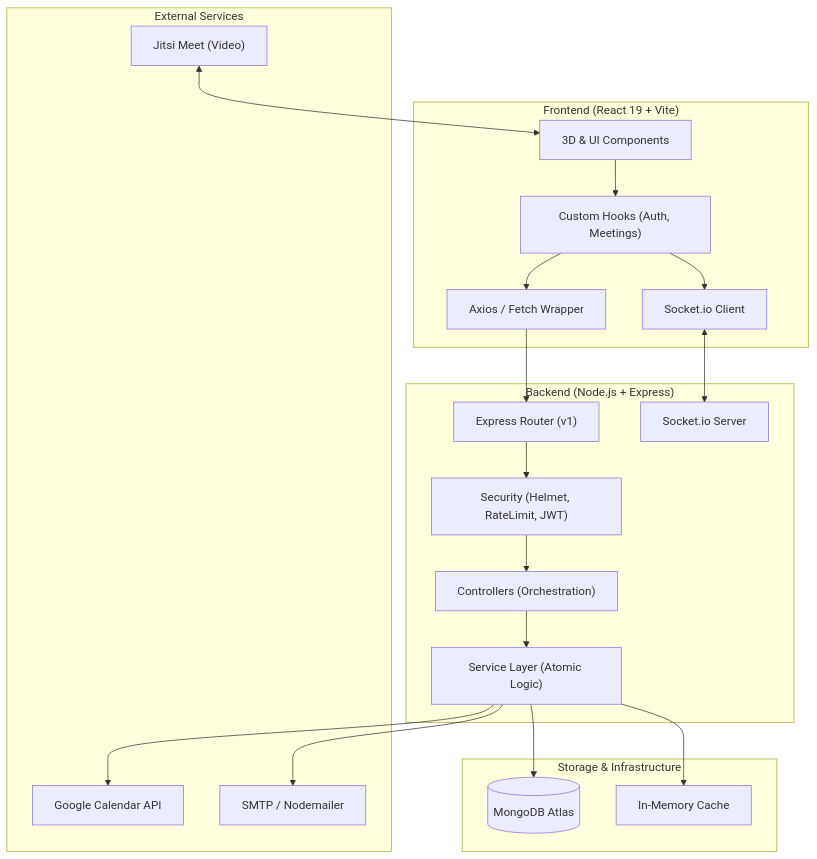
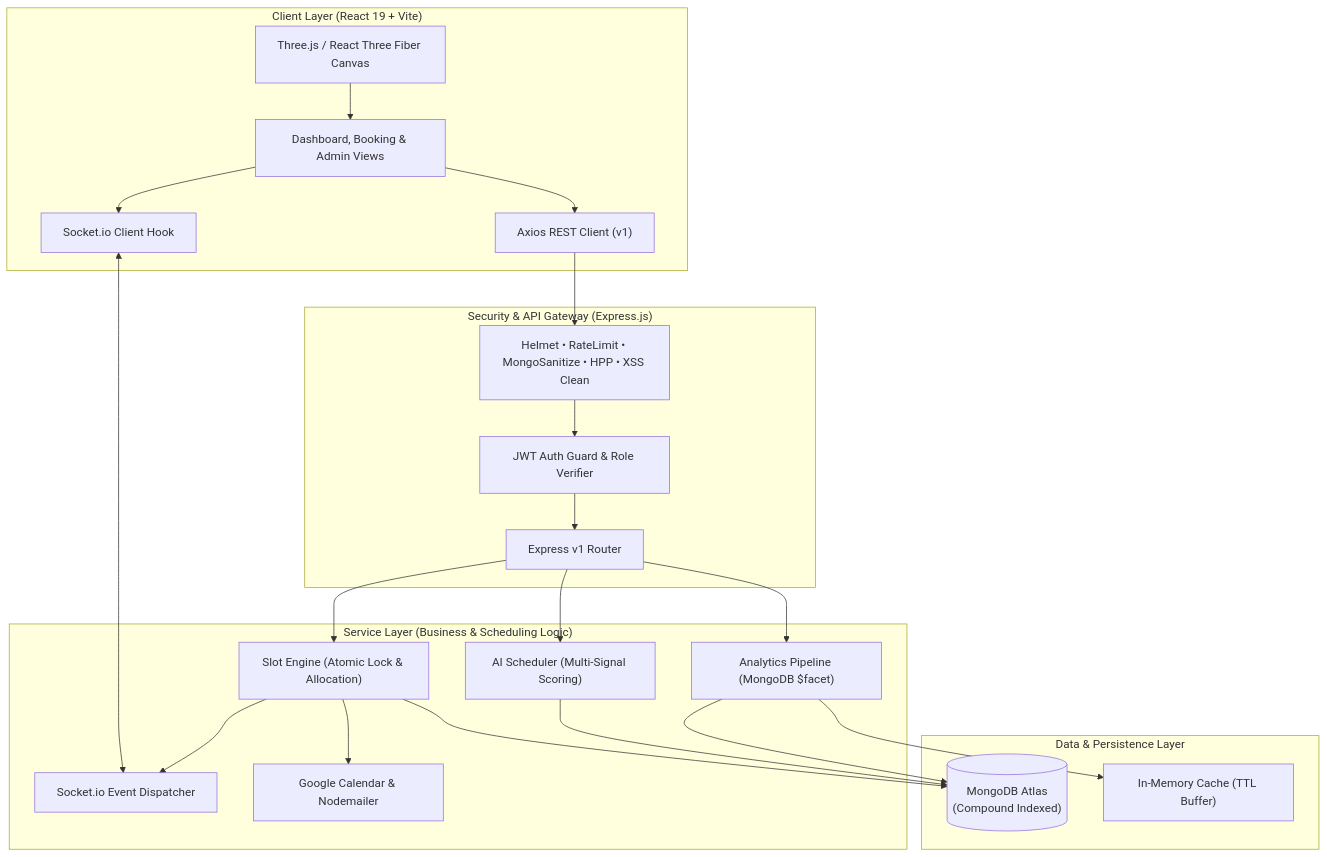
The second of 3 diagrams in README.md (Vedant-S-Tattimani/meeting-scheduler-), drawn with Mermaid before and after one commit. The commit also changed other lines of this file and 1 other file, not shown here.

````diff
--- a/README.md
+++ b/README.md
@@ -27,42 +103,45 @@
 ```mermaid
 graph TD
-    subgraph "Frontend (React 19 + Vite)"
-        UI["3D & UI Components"]
-        Hooks["Custom Hooks (Auth, Meetings)"]
-        SocketClient["Socket.io Client"]
-        APIClient["Axios / Fetch Wrapper"]
+    subgraph "Client Layer (React 19 + Vite)"
+        Canvas["Three.js / React Three Fiber Canvas"]
+        Views["Dashboard, Booking & Admin Views"]
+        SocketHook["Socket.io Client Hook"]
+        AxiosClient["Axios REST Client (v1)"]
     end
 
-    subgraph "Backend (Node.js + Express)"
-        Router["Express Router (v1)"]
-        Controllers["Controllers (Orchestration)"]
-        Services["Service Layer (Atomic Logic)"]
-        Middleware["Security (Helmet, RateLimit, JWT)"]
-        SocketServer["Socket.io Server"]
+    subgraph "Security & API Gateway (Express.js)"
+        SecLayer["Helmet • RateLimit • MongoSanitize • HPP • XSS Clean"]
+        AuthMiddleware["JWT Auth Guard & Role Verifier"]
+        Router["Express v1 Router"]
     end
 
-    subgraph "Storage & Infrastructure"
-        DB[(MongoDB Atlas)]
-        Redis["In-Memory Cache"]
+    subgraph "Service Layer (Business & Scheduling Logic)"
+        AIService["AI Scheduler (Multi-Signal Scoring)"]
+        SlotService["Slot Engine (Atomic Lock & Allocation)"]
+        AnalyticsService["Analytics Pipeline (MongoDB $facet)"]
+        SocketService["Socket.io Event Dispatcher"]
+        CalendarService["Google Calendar & Nodemailer"]
     end
 
-    subgraph "External Services"
-        Jitsi["Jitsi Meet (Video)"]
-        Google["Google Calendar API"]
-        Email["SMTP / Nodemailer"]
+    subgraph "Data & Persistence Layer"
+        MongoCluster[("MongoDB Atlas<br>(Compound Indexed)")]
+        RedisCache["In-Memory Cache (TTL Buffer)"]
     end
 
-    UI --> Hooks
-    Hooks --> APIClient
-    Hooks --> SocketClient
-    APIClient --> Router
-    SocketClient <--> SocketServer
-    Router --> Middleware
-    Middleware --> Controllers
-    Controllers --> Services
-    Services --> DB
-    Services --> Redis
-    Services --> Google
-    Services --> Email
-    Jitsi <--> UI
+    Canvas --> Views
+    Views --> AxiosClient
+    Views --> SocketHook
+    AxiosClient --> SecLayer
+    SecLayer --> AuthMiddleware
+    AuthMiddleware --> Router
+    Router --> AIService
+    Router --> SlotService
+    Router --> AnalyticsService
+    SocketHook <--> SocketService
+    SlotService --> MongoCluster
+    SlotService --> SocketService
+    AIService --> MongoCluster
+    AnalyticsService --> MongoCluster
+    AnalyticsService --> RedisCache
+    SlotService --> CalendarService
 ```
````
